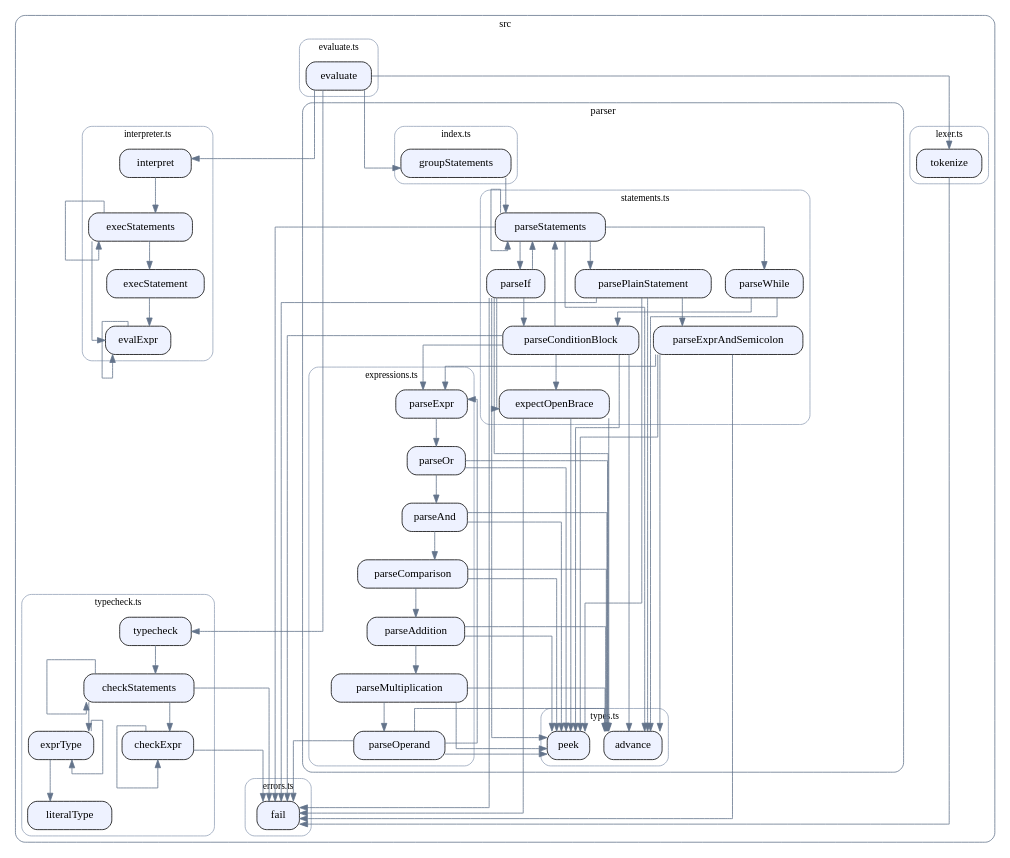
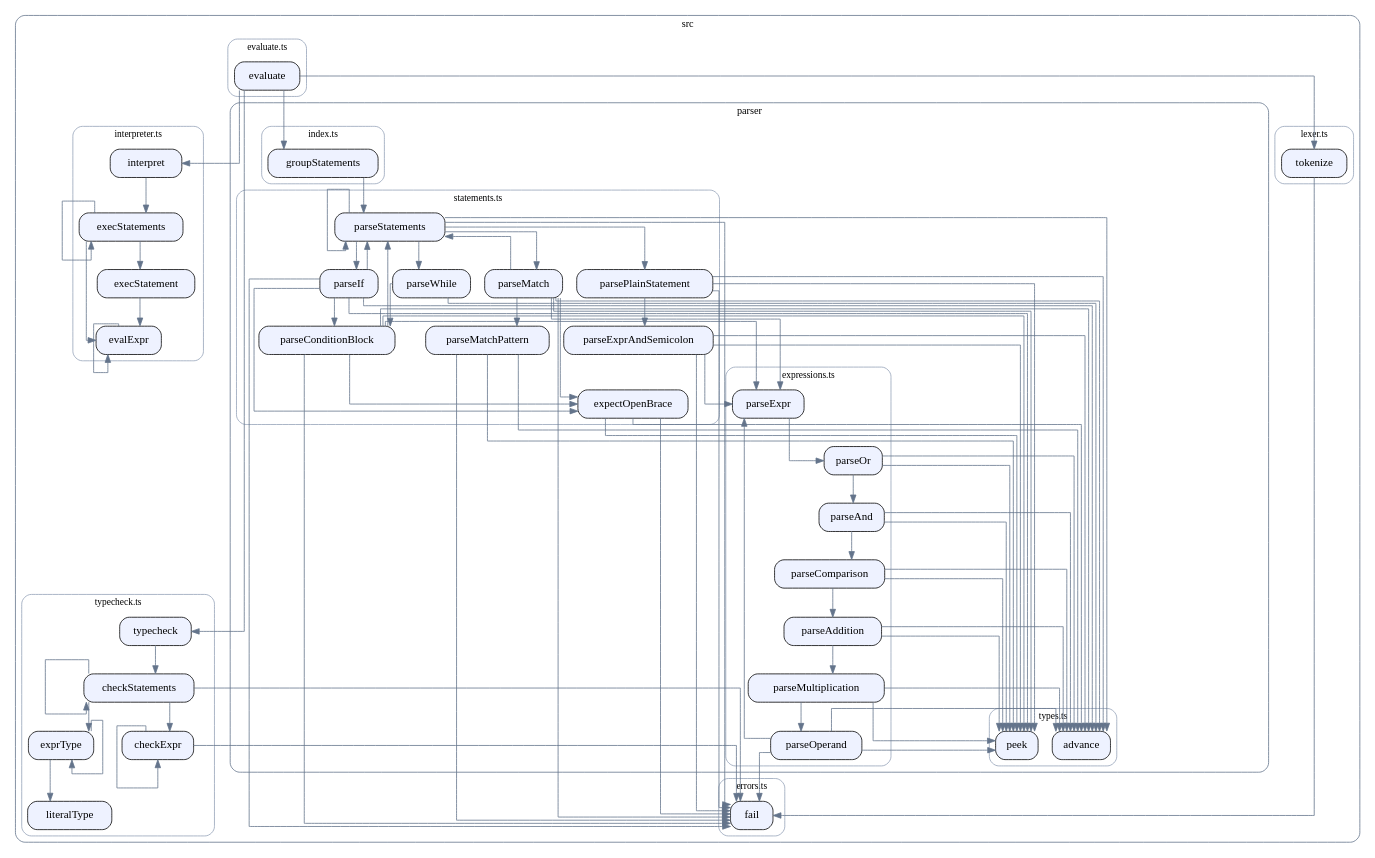
The diagram in docs/callgraph.dot (SirMathhman/Tuff), drawn with Graphviz before and after one commit. The commit also changed 8 other files, not shown here.

```diff
--- a/docs/callgraph.dot
+++ b/docs/callgraph.dot
@@ -1,184 +1,197 @@
 digraph tuff {
   rankdir=TB;
   splines=ortho;
   node [shape=box, style="rounded,filled", fillcolor="#eef2ff", fontname="Consolas"];
   edge [color="#64748b"];
   subgraph "cluster_dir_src" {
     style="rounded";
     color="#64748b";
     fontname="Consolas";
     fontsize=13;
     label="src";
   subgraph "cluster_src_errors_ts" {
     style="rounded";
     color="#94a3b8";
     fontname="Consolas";
     fontsize=12;
     label="errors.ts";
     "src\\errors.ts::fail" [label="fail"];
   }
   subgraph "cluster_src_evaluate_ts" {
     style="rounded";
     color="#94a3b8";
     fontname="Consolas";
     fontsize=12;
     label="evaluate.ts";
     "src\\evaluate.ts::evaluate" [label="evaluate"];
   }
   subgraph "cluster_src_interpreter_ts" {
     style="rounded";
     color="#94a3b8";
     fontname="Consolas";
     fontsize=12;
     label="interpreter.ts";
     "src\\interpreter.ts::evalExpr" [label="evalExpr"];
     "src\\interpreter.ts::execStatement" [label="execStatement"];
     "src\\interpreter.ts::execStatements" [label="execStatements"];
     "src\\interpreter.ts::interpret" [label="interpret"];
   }
   subgraph "cluster_src_lexer_ts" {
     style="rounded";
     color="#94a3b8";
     fontname="Consolas";
     fontsize=12;
     label="lexer.ts";
     "src\\lexer.ts::tokenize" [label="tokenize"];
   }
   subgraph "cluster_src_typecheck_ts" {
     style="rounded";
     color="#94a3b8";
     fontname="Consolas";
     fontsize=12;
     label="typecheck.ts";
     "src\\typecheck.ts::literalType" [label="literalType"];
     "src\\typecheck.ts::checkExpr" [label="checkExpr"];
     "src\\typecheck.ts::exprType" [label="exprType"];
     "src\\typecheck.ts::checkStatements" [label="checkStatements"];
     "src\\typecheck.ts::typecheck" [label="typecheck"];
   }
   subgraph "cluster_dir_src_parser" {
     style="rounded";
     color="#64748b";
     fontname="Consolas";
     fontsize=13;
     label="parser";
   subgraph "cluster_src_parser_expressions_ts" {
     style="rounded";
     color="#94a3b8";
     fontname="Consolas";
     fontsize=12;
     label="expressions.ts";
     "src\\parser\\expressions.ts::parseExpr" [label="parseExpr"];
     "src\\parser\\expressions.ts::parseOr" [label="parseOr"];
     "src\\parser\\expressions.ts::parseAnd" [label="parseAnd"];
     "src\\parser\\expressions.ts::parseComparison" [label="parseComparison"];
     "src\\parser\\expressions.ts::parseAddition" [label="parseAddition"];
     "src\\parser\\expressions.ts::parseMultiplication" [label="parseMultiplication"];
     "src\\parser\\expressions.ts::parseOperand" [label="parseOperand"];
   }
   subgraph "cluster_src_parser_index_ts" {
     style="rounded";
     color="#94a3b8";
     fontname="Consolas";
     fontsize=12;
     label="index.ts";
     "src\\parser\\index.ts::groupStatements" [label="groupStatements"];
   }
   subgraph "cluster_src_parser_statements_ts" {
     style="rounded";
     color="#94a3b8";
     fontname="Consolas";
     fontsize=12;
     label="statements.ts";
     "src\\parser\\statements.ts::parseStatements" [label="parseStatements"];
     "src\\parser\\statements.ts::parseExprAndSemicolon" [label="parseExprAndSemicolon"];
     "src\\parser\\statements.ts::expectOpenBrace" [label="expectOpenBrace"];
     "src\\parser\\statements.ts::parsePlainStatement" [label="parsePlainStatement"];
     "src\\parser\\statements.ts::parseConditionBlock" [label="parseConditionBlock"];
     "src\\parser\\statements.ts::parseIf" [label="parseIf"];
     "src\\parser\\statements.ts::parseWhile" [label="parseWhile"];
+    "src\\parser\\statements.ts::parseMatchPattern" [label="parseMatchPattern"];
+    "src\\parser\\statements.ts::parseMatch" [label="parseMatch"];
   }
   subgraph "cluster_src_parser_types_ts" {
     style="rounded";
     color="#94a3b8";
     fontname="Consolas";
     fontsize=12;
     label="types.ts";
     "src\\parser\\types.ts::peek" [label="peek"];
     "src\\parser\\types.ts::advance" [label="advance"];
   }
   }
   }
   "src\\evaluate.ts::evaluate" -> "src\\lexer.ts::tokenize";
   "src\\evaluate.ts::evaluate" -> "src\\parser\\index.ts::groupStatements";
   "src\\evaluate.ts::evaluate" -> "src\\typecheck.ts::typecheck";
   "src\\evaluate.ts::evaluate" -> "src\\interpreter.ts::interpret";
   "src\\interpreter.ts::evalExpr" -> "src\\interpreter.ts::evalExpr";
   "src\\interpreter.ts::execStatement" -> "src\\interpreter.ts::evalExpr";
   "src\\interpreter.ts::execStatements" -> "src\\interpreter.ts::execStatements";
   "src\\interpreter.ts::execStatements" -> "src\\interpreter.ts::evalExpr";
   "src\\interpreter.ts::execStatements" -> "src\\interpreter.ts::execStatement";
   "src\\interpreter.ts::interpret" -> "src\\interpreter.ts::execStatements";
   "src\\lexer.ts::tokenize" -> "src\\errors.ts::fail";
   "src\\parser\\expressions.ts::parseExpr" -> "src\\parser\\expressions.ts::parseOr";
   "src\\parser\\expressions.ts::parseOr" -> "src\\parser\\expressions.ts::parseAnd";
   "src\\parser\\expressions.ts::parseOr" -> "src\\parser\\types.ts::peek";
   "src\\parser\\expressions.ts::parseOr" -> "src\\parser\\types.ts::advance";
   "src\\parser\\expressions.ts::parseAnd" -> "src\\parser\\expressions.ts::parseComparison";
   "src\\parser\\expressions.ts::parseAnd" -> "src\\parser\\types.ts::peek";
   "src\\parser\\expressions.ts::parseAnd" -> "src\\parser\\types.ts::advance";
   "src\\parser\\expressions.ts::parseComparison" -> "src\\parser\\expressions.ts::parseAddition";
   "src\\parser\\expressions.ts::parseComparison" -> "src\\parser\\types.ts::peek";
   "src\\parser\\expressions.ts::parseComparison" -> "src\\parser\\types.ts::advance";
   "src\\parser\\expressions.ts::parseAddition" -> "src\\parser\\expressions.ts::parseMultiplication";
   "src\\parser\\expressions.ts::parseAddition" -> "src\\parser\\types.ts::peek";
   "src\\parser\\expressions.ts::parseAddition" -> "src\\parser\\types.ts::advance";
   "src\\parser\\expressions.ts::parseMultiplication" -> "src\\parser\\expressions.ts::parseOperand";
   "src\\parser\\expressions.ts::parseMultiplication" -> "src\\parser\\types.ts::peek";
   "src\\parser\\expressions.ts::parseMultiplication" -> "src\\parser\\types.ts::advance";
   "src\\parser\\expressions.ts::parseOperand" -> "src\\parser\\types.ts::peek";
   "src\\parser\\expressions.ts::parseOperand" -> "src\\errors.ts::fail";
   "src\\parser\\expressions.ts::parseOperand" -> "src\\parser\\types.ts::advance";
   "src\\parser\\expressions.ts::parseOperand" -> "src\\parser\\expressions.ts::parseExpr";
   "src\\parser\\index.ts::groupStatements" -> "src\\parser\\statements.ts::parseStatements";
   "src\\parser\\statements.ts::parseStatements" -> "src\\parser\\types.ts::advance";
   "src\\parser\\statements.ts::parseStatements" -> "src\\parser\\statements.ts::parseStatements";
   "src\\parser\\statements.ts::parseStatements" -> "src\\errors.ts::fail";
   "src\\parser\\statements.ts::parseStatements" -> "src\\parser\\statements.ts::parseIf";
   "src\\parser\\statements.ts::parseStatements" -> "src\\parser\\statements.ts::parseWhile";
+  "src\\parser\\statements.ts::parseStatements" -> "src\\parser\\statements.ts::parseMatch";
   "src\\parser\\statements.ts::parseStatements" -> "src\\parser\\statements.ts::parsePlainStatement";
   "src\\parser\\statements.ts::parseExprAndSemicolon" -> "src\\parser\\expressions.ts::parseExpr";
   "src\\parser\\statements.ts::parseExprAndSemicolon" -> "src\\parser\\types.ts::peek";
   "src\\parser\\statements.ts::parseExprAndSemicolon" -> "src\\errors.ts::fail";
   "src\\parser\\statements.ts::parseExprAndSemicolon" -> "src\\parser\\types.ts::advance";
   "src\\parser\\statements.ts::expectOpenBrace" -> "src\\parser\\types.ts::peek";
   "src\\parser\\statements.ts::expectOpenBrace" -> "src\\errors.ts::fail";
   "src\\parser\\statements.ts::expectOpenBrace" -> "src\\parser\\types.ts::advance";
   "src\\parser\\statements.ts::parsePlainStatement" -> "src\\parser\\types.ts::peek";
   "src\\parser\\statements.ts::parsePlainStatement" -> "src\\errors.ts::fail";
   "src\\parser\\statements.ts::parsePlainStatement" -> "src\\parser\\types.ts::advance";
   "src\\parser\\statements.ts::parsePlainStatement" -> "src\\parser\\statements.ts::parseExprAndSemicolon";
   "src\\parser\\statements.ts::parseConditionBlock" -> "src\\parser\\types.ts::peek";
   "src\\parser\\statements.ts::parseConditionBlock" -> "src\\errors.ts::fail";
   "src\\parser\\statements.ts::parseConditionBlock" -> "src\\parser\\types.ts::advance";
   "src\\parser\\statements.ts::parseConditionBlock" -> "src\\parser\\expressions.ts::parseExpr";
   "src\\parser\\statements.ts::parseConditionBlock" -> "src\\parser\\statements.ts::expectOpenBrace";
   "src\\parser\\statements.ts::parseConditionBlock" -> "src\\parser\\statements.ts::parseStatements";
   "src\\parser\\statements.ts::parseIf" -> "src\\parser\\types.ts::advance";
   "src\\parser\\statements.ts::parseIf" -> "src\\parser\\statements.ts::parseConditionBlock";
   "src\\parser\\statements.ts::parseIf" -> "src\\parser\\types.ts::peek";
   "src\\parser\\statements.ts::parseIf" -> "src\\parser\\statements.ts::expectOpenBrace";
   "src\\parser\\statements.ts::parseIf" -> "src\\parser\\statements.ts::parseStatements";
   "src\\parser\\statements.ts::parseIf" -> "src\\errors.ts::fail";
   "src\\parser\\statements.ts::parseWhile" -> "src\\parser\\types.ts::advance";
   "src\\parser\\statements.ts::parseWhile" -> "src\\parser\\statements.ts::parseConditionBlock";
+  "src\\parser\\statements.ts::parseMatchPattern" -> "src\\parser\\types.ts::peek";
+  "src\\parser\\statements.ts::parseMatchPattern" -> "src\\errors.ts::fail";
+  "src\\parser\\statements.ts::parseMatchPattern" -> "src\\parser\\types.ts::advance";
+  "src\\parser\\statements.ts::parseMatch" -> "src\\parser\\types.ts::advance";
+  "src\\parser\\statements.ts::parseMatch" -> "src\\parser\\types.ts::peek";
+  "src\\parser\\statements.ts::parseMatch" -> "src\\errors.ts::fail";
+  "src\\parser\\statements.ts::parseMatch" -> "src\\parser\\expressions.ts::parseExpr";
+  "src\\parser\\statements.ts::parseMatch" -> "src\\parser\\statements.ts::expectOpenBrace";
+  "src\\parser\\statements.ts::parseMatch" -> "src\\parser\\statements.ts::parseMatchPattern";
+  "src\\parser\\statements.ts::parseMatch" -> "src\\parser\\statements.ts::parseStatements";
   "src\\typecheck.ts::checkExpr" -> "src\\typecheck.ts::checkExpr";
   "src\\typecheck.ts::checkExpr" -> "src\\errors.ts::fail";
   "src\\typecheck.ts::exprType" -> "src\\typecheck.ts::literalType";
   "src\\typecheck.ts::exprType" -> "src\\typecheck.ts::exprType";
   "src\\typecheck.ts::checkStatements" -> "src\\typecheck.ts::checkExpr";
   "src\\typecheck.ts::checkStatements" -> "src\\typecheck.ts::exprType";
   "src\\typecheck.ts::checkStatements" -> "src\\errors.ts::fail";
   "src\\typecheck.ts::checkStatements" -> "src\\typecheck.ts::checkStatements";
   "src\\typecheck.ts::typecheck" -> "src\\typecheck.ts::checkStatements";
 }
```
